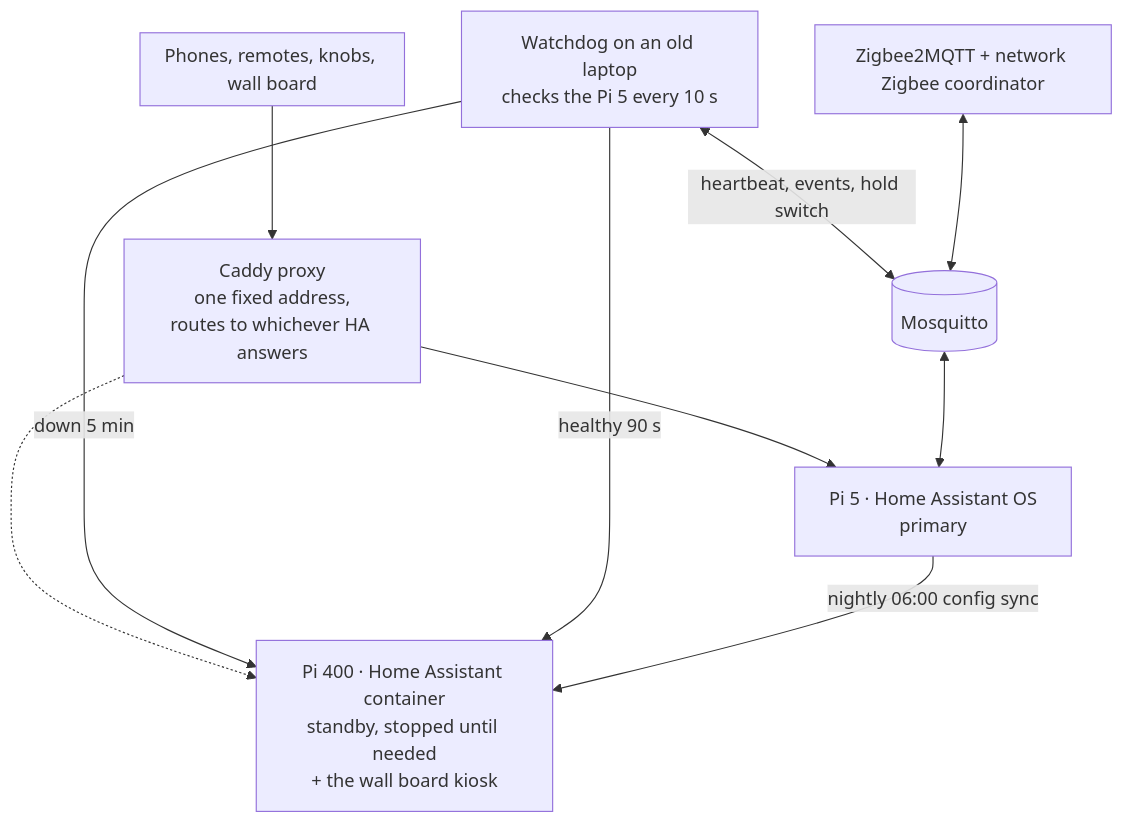
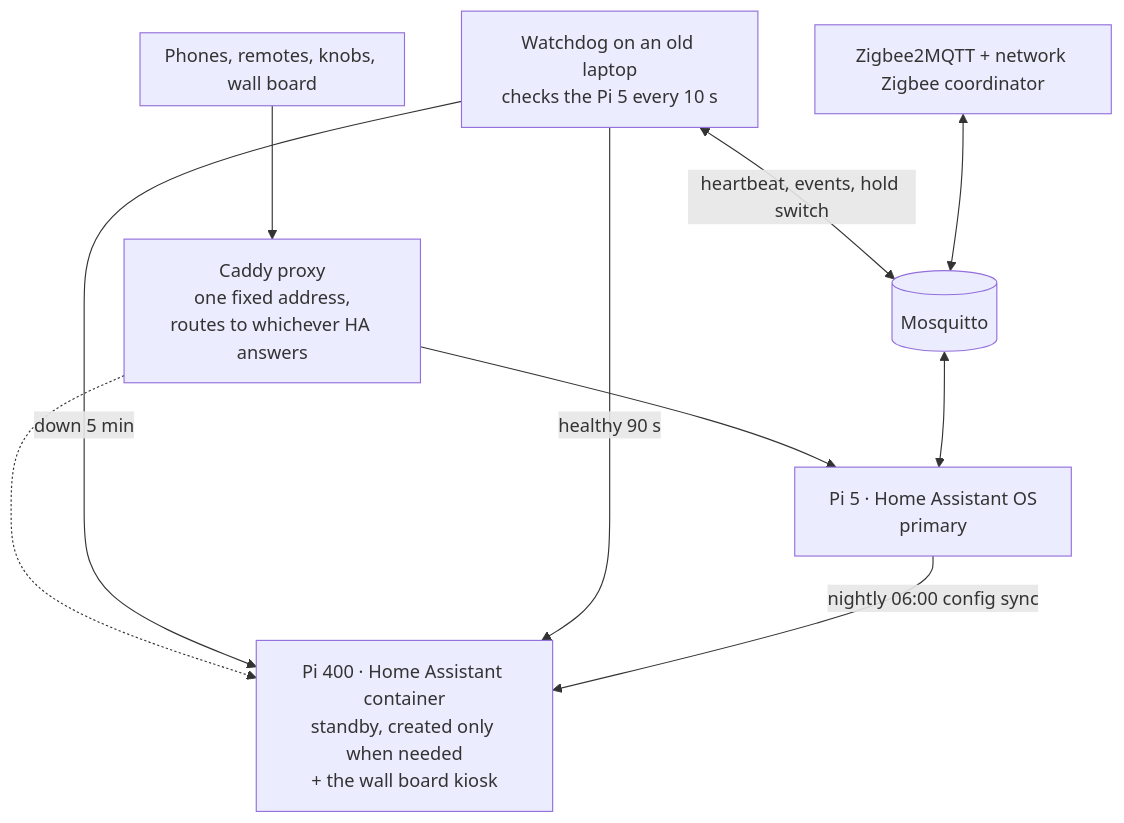
One commit to baes-cloud/baes-cloud-home changed the diagram in docs/08-failover-and-infrastructure.md. Above: the diagram before and after it, drawn with Mermaid. The commit also changed other lines of this file and 1 other file, not shown here.

First line of the commit message:
Docs: the Pi 400 standby container is created at promotion, not kept stopped (#1)

````diff
--- a/docs/08-failover-and-infrastructure.md
+++ b/docs/08-failover-and-infrastructure.md
@@ -7,14 +7,14 @@
 ```mermaid
 flowchart TB
   subgraph Clients[Phones, remotes, knobs, wall board]
   end
   Clients --> Proxy[Caddy proxy<br/>one fixed address,<br/>routes to whichever HA answers]
   Proxy --> Pi5[Pi 5 · Home Assistant OS<br/>primary]
-  Proxy -.-> Pi400[Pi 400 · Home Assistant container<br/>standby, stopped until needed<br/>+ the wall board kiosk]
+  Proxy -.-> Pi400[Pi 400 · Home Assistant container<br/>standby, created only when needed<br/>+ the wall board kiosk]
   WD[Watchdog on an old laptop<br/>checks the Pi 5 every 10 s] -->|down 5 min| Pi400
   WD -->|healthy 90 s| Pi400
   WD <-->|heartbeat, events, hold switch| MQTT[(Mosquitto)]
   MQTT <--> Pi5
   Z2M[Zigbee2MQTT + network Zigbee coordinator] <--> MQTT
   Pi5 -->|nightly 06:00 config sync| Pi400
 ```
````
